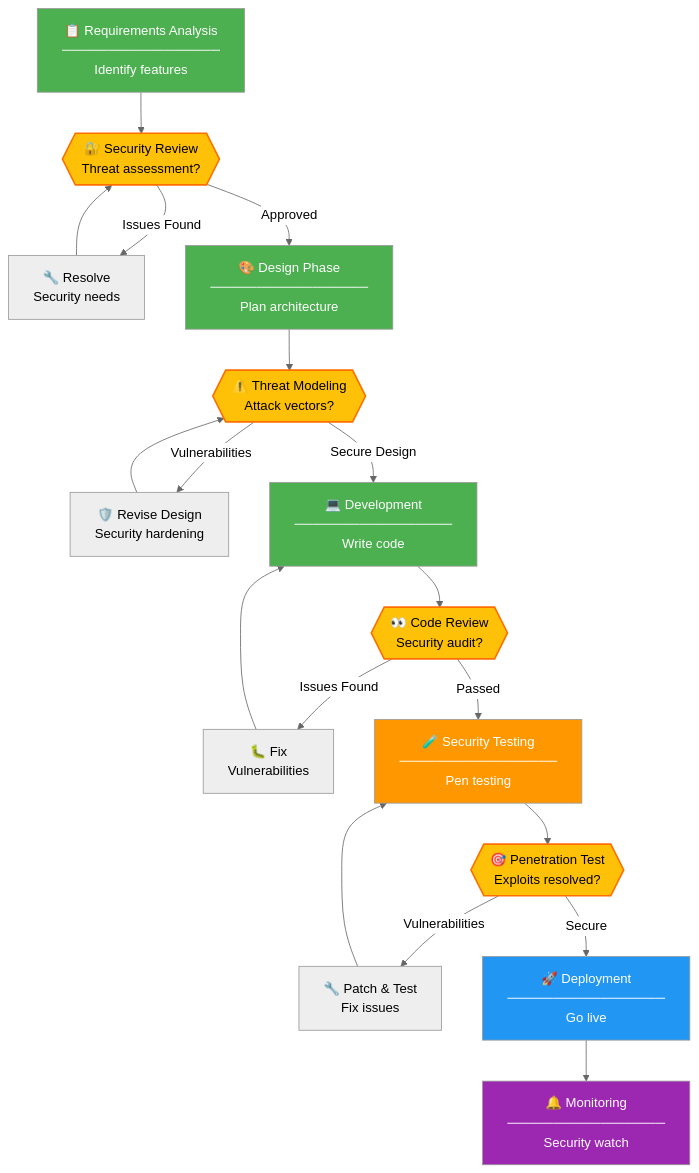
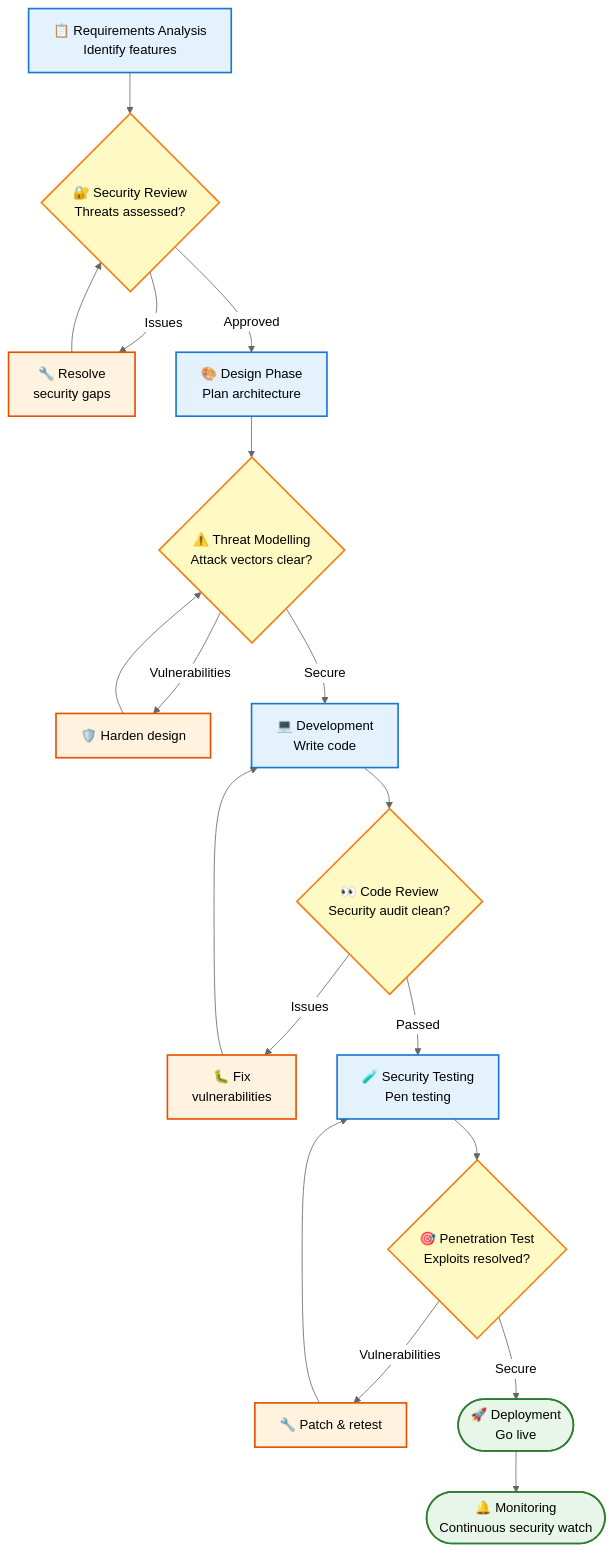
The diagram in diagrams/source-code/flowcharts/secure-sdlc-phases.mmd (4BZDOG/HSC_SoftwareEngineering), drawn with Mermaid (neutral theme) before and after one commit. The commit also changed 14 other files, not shown here.

First line of the commit message:
refactor(diagrams): unify course diagrams with shared design system

```diff
--- a/diagrams/source-code/flowcharts/secure-sdlc-phases.mmd
+++ b/diagrams/source-code/flowcharts/secure-sdlc-phases.mmd
@@ -1,34 +1,34 @@
+%% Secure SDLC — security checkpoint at every phase, remediation loops on failure
+%% Syllabus: SE-12-06
 flowchart TD
-    A["📋 Requirements Analysis<br/>─────────────────<br/>Identify features"] --> B{{"🔐 Security Review<br/>Threat assessment?"}}
+    A["📋 Requirements Analysis<br/>Identify features"] --> B{"🔐 Security Review<br/>Threats assessed?"}
+    B -- Issues --> B1["🔧 Resolve<br/>security gaps"]
+    B1 --> B
+    B -- Approved --> C["🎨 Design Phase<br/>Plan architecture"]
 
-    B -->|Issues Found| B1["🔧 Resolve<br/>Security needs"]
-    B1 --> B
-    B -->|Approved| C["🎨 Design Phase<br/>─────────────────<br/>Plan architecture"]
+    C --> D{"⚠️ Threat Modelling<br/>Attack vectors clear?"}
+    D -- Vulnerabilities --> D1["🛡️ Harden design"]
+    D1 --> D
+    D -- Secure --> E["💻 Development<br/>Write code"]
 
-    C --> D{{"⚠️ Threat Modeling<br/>Attack vectors?"}}
-    D -->|Vulnerabilities| D1["🛡️ Revise Design<br/>Security hardening"]
-    D1 --> D
-    D -->|Secure Design| E["💻 Development<br/>─────────────────<br/>Write code"]
+    E --> F{"👀 Code Review<br/>Security audit clean?"}
+    F -- Issues --> F1["🐛 Fix<br/>vulnerabilities"]
+    F1 --> E
+    F -- Passed --> G["🧪 Security Testing<br/>Pen testing"]
 
-    E --> F{{"👀 Code Review<br/>Security audit?"}}
-    F -->|Issues Found| F1["🐛 Fix<br/>Vulnerabilities"]
-    F1 --> E
-    F -->|Passed| G["🧪 Security Testing<br/>─────────────────<br/>Pen testing"]
+    G --> H{"🎯 Penetration Test<br/>Exploits resolved?"}
+    H -- Vulnerabilities --> H1["🔧 Patch &amp; retest"]
+    H1 --> G
+    H -- Secure --> I(["🚀 Deployment<br/>Go live"])
 
-    G --> H{{"🎯 Penetration Test<br/>Exploits resolved?"}}
-    H -->|Vulnerabilities| H1["🔧 Patch & Test<br/>Fix issues"]
-    H1 --> G
-    H -->|Secure| I["🚀 Deployment<br/>─────────────────<br/>Go live"]
+    I --> J(["🔔 Monitoring<br/>Continuous security watch"])
 
-    I --> J["🔔 Monitoring<br/>─────────────────<br/>Security watch"]
+    classDef phase    fill:#e3f2fd,stroke:#1976D2,stroke-width:2px
+    classDef decision fill:#fff9c4,stroke:#F57F17,stroke-width:2px
+    classDef fix      fill:#fff3e0,stroke:#E65100,stroke-width:2px
+    classDef release  fill:#e8f5e9,stroke:#2E7D32,stroke-width:2px
 
-    style A fill:#4CAF50,color:#fff
-    style C fill:#4CAF50,color:#fff
-    style E fill:#4CAF50,color:#fff
-    style G fill:#FF9800,color:#fff
-    style I fill:#2196F3,color:#fff
-    style J fill:#9C27B0,color:#fff
-    style B fill:#FFC107,color:#000,stroke:#FF6F00,stroke-width:2px
-    style D fill:#FFC107,color:#000,stroke:#FF6F00,stroke-width:2px
-    style F fill:#FFC107,color:#000,stroke:#FF6F00,stroke-width:2px
-    style H fill:#FFC107,color:#000,stroke:#FF6F00,stroke-width:2px
+    class A,C,E,G phase
+    class B,D,F,H decision
+    class B1,D1,F1,H1 fix
+    class I,J release
```
